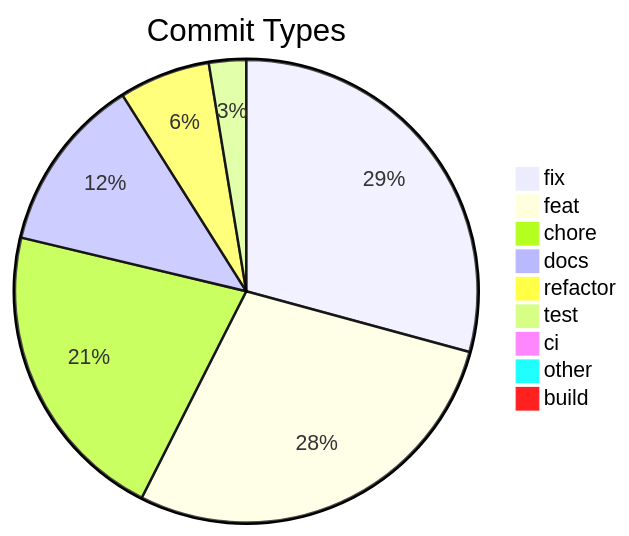
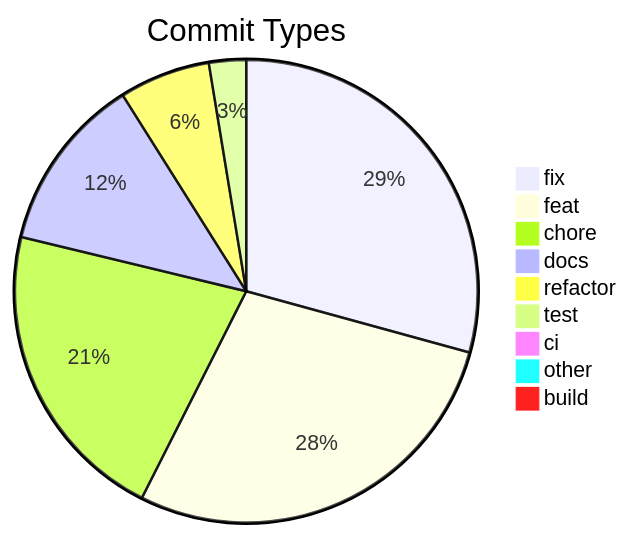
Before and after one commit to svenroth-ai/shipwright: the diagram in .shipwright/compliance/change-history.md, drawn with Mermaid. The commit also changed other lines of this file and 9 other files, not shown here.

````diff
--- a/.shipwright/compliance/change-history.md
+++ b/.shipwright/compliance/change-history.md
@@ -9,12 +9,12 @@
 ```mermaid
 pie title Commit Types
-    "fix" : 349
+    "fix" : 350
     "feat" : 337
-    "chore" : 254
+    "chore" : 255
     "docs" : 147
     "refactor" : 76
     "test" : 31
     "ci" : 11
     "other" : 9
     "build" : 1
 ```
````
